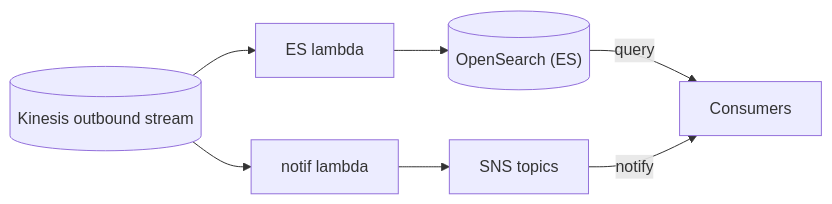
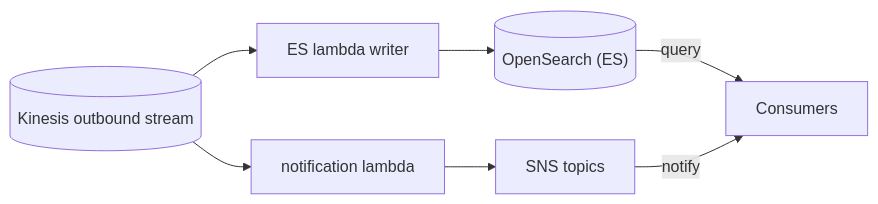
Before and after one commit to pprakashbh/puneet_wellington_account_screening: the fourth of 7 diagrams in Technical Skills/CoreDataPlatform.md, drawn with Mermaid. The commit also changed other lines of this file, not shown here.

Commit message:
Added Architecture Diagram

````diff
--- a/Technical Skills/CoreDataPlatform.md
+++ b/Technical Skills/CoreDataPlatform.md
@@ -150,9 +150,9 @@
 ```mermaid
 flowchart LR
-    Outbound[("Kinesis outbound stream")] --> ESL["ES lambda"]
-    Outbound --> NL["notif lambda"]
+    Outbound[("Kinesis outbound stream")] --> ESL["ES lambda writer"]
+    Outbound --> NL["notification lambda"]
     ESL --> OS[("OpenSearch (ES)")]
     NL --> SNS["SNS topics"]
     OS -- query --> Con["Consumers"]
     SNS -- notify --> Con
 ```
````
